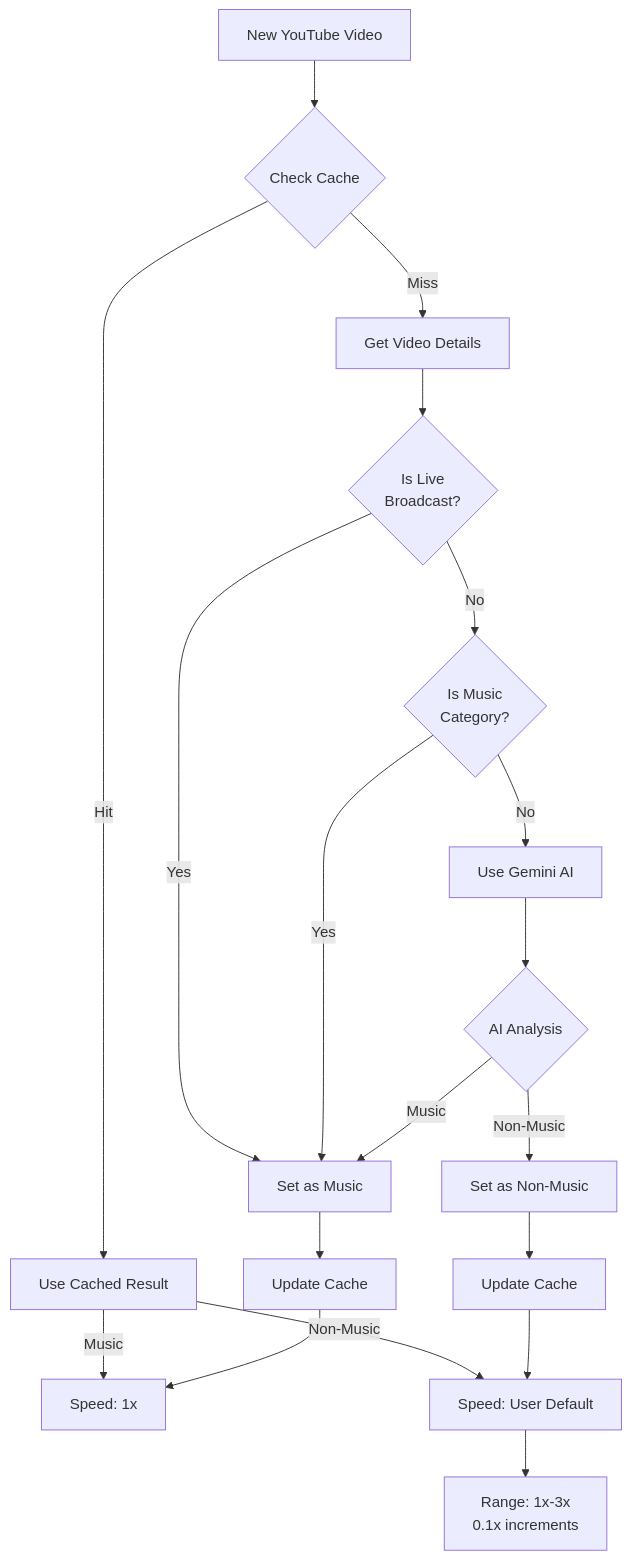
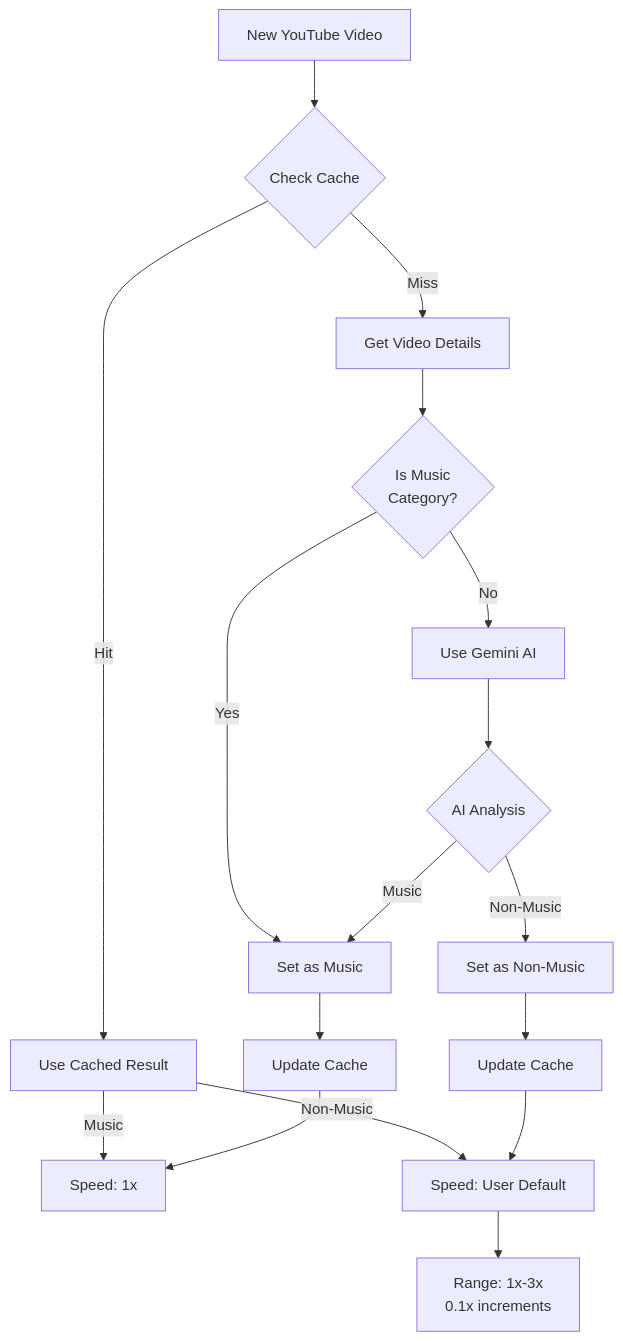
One commit to izumiz-dev/music-x1 changed the first of 3 diagrams in ARCHITECTURE.md. Above: the diagram before and after it, drawn with Mermaid. The commit also changed other lines of this file and 9 other files, not shown here.

````diff
--- a/ARCHITECTURE.md
+++ b/ARCHITECTURE.md
@@ -7,28 +7,26 @@
 ```mermaid
 flowchart TD
     Start[New YouTube Video] --> Cache{Check Cache}
     Cache -->|Hit| UseCached[Use Cached Result]
     Cache -->|Miss| GetDetails[Get Video Details]
     
     UseCached -->|Music| Speed1[Speed: 1x]
     UseCached -->|Non-Music| Speed2[Speed: User Default]
     
-    GetDetails --> IsLive{Is Live<br>Broadcast?}
-    IsLive -->|Yes| Music[Set as Music]
-    IsLive -->|No| Category{Is Music<br>Category?}
+    GetDetails --> Category{Is Music<br>Category?}
     
-    Category -->|Yes| Music
+    Category -->|Yes| Music[Set as Music]
     Category -->|No| Gemini[Use Gemini AI]
     
     Gemini --> Analysis{AI Analysis}
     Analysis -->|Music| Music
     Analysis -->|Non-Music| NonMusic[Set as Non-Music]
     
     Music --> Cache1[Update Cache]
     NonMusic --> Cache2[Update Cache]
     
     Cache1 --> Speed1
     Cache2 --> Speed2
 
     Speed2 --> Range[Range: 1x-3x<br>0.1x increments]
 ```
````
